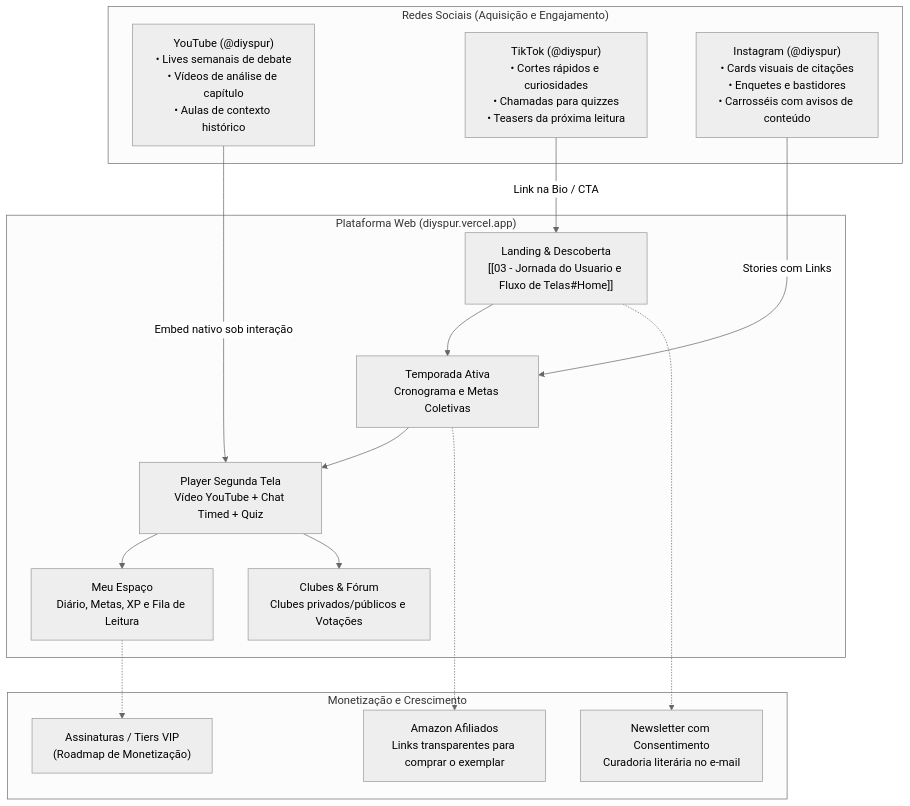
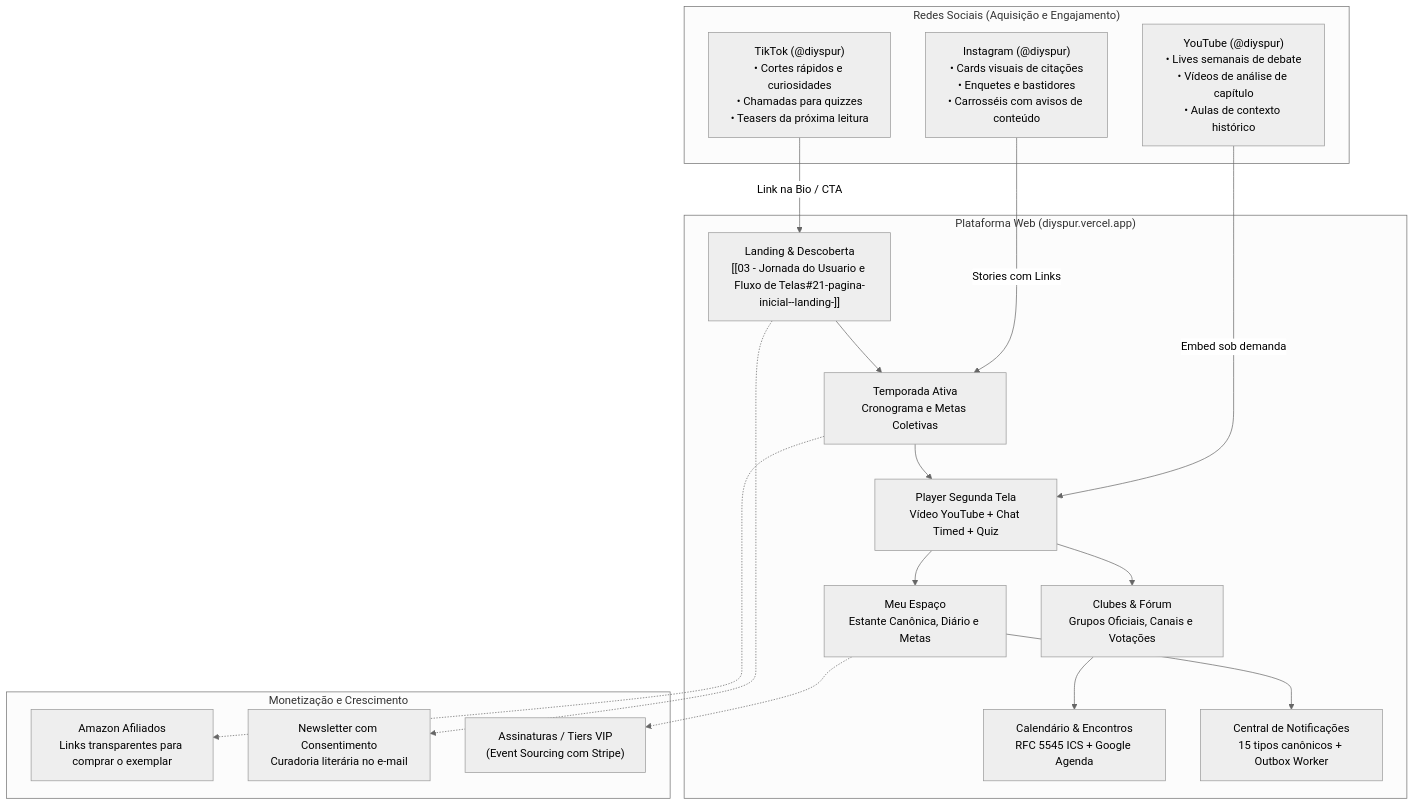
One commit to diyspur/docs changed the diagram in 00 - Visao Geral/00 - Visao Geral do Projeto.md. Above: the diagram before and after it, drawn with Mermaid (neutral theme). The commit also changed other lines of this file and 207 other files, not shown here.

````diff
--- a/00 - Visao Geral/00 - Visao Geral do Projeto.md
+++ b/00 - Visao Geral/00 - Visao Geral do Projeto.md
@@ -30,35 +31,39 @@
 ```mermaid
 flowchart TD
     subgraph RedesSociais ["Redes Sociais (Aquisição e Engajamento)"]
         YT["YouTube (@diyspur)<br/>• Lives semanais de debate<br/>• Vídeos de análise de capítulo<br/>• Aulas de contexto histórico"]
         TK["TikTok (@diyspur)<br/>• Cortes rápidos e curiosidades<br/>• Chamadas para quizzes<br/>• Teasers da próxima leitura"]
         IG["Instagram (@diyspur)<br/>• Cards visuais de citações<br/>• Enquetes e bastidores<br/>• Carrosséis com avisos de conteúdo"]
     end
 
     subgraph PlataformaWeb ["Plataforma Web (diyspur.vercel.app)"]
-        WEB_HOME["Landing & Descoberta<br/>[[03 - Jornada do Usuario e Fluxo de Telas#Home]]"]
+        WEB_HOME["Landing & Descoberta<br/>[[03 - Jornada do Usuario e Fluxo de Telas#21-pagina-inicial--landing-]]"]
         WEB_SEASON["Temporada Ativa<br/>Cronograma e Metas Coletivas"]
         WEB_CHAPTER["Player Segunda Tela<br/>Vídeo YouTube + Chat Timed + Quiz"]
-        WEB_COMMUNITY["Clubes & Fórum<br/>Clubes privados/públicos e Votações"]
-        WEB_PROFILE["Meu Espaço<br/>Diário, Metas, XP e Fila de Leitura"]
+        WEB_COMMUNITY["Clubes & Fórum<br/>Grupos Oficiais, Canais e Votações"]
+        WEB_PROFILE["Meu Espaço<br/>Estante Canônica, Diário e Metas"]
+        WEB_CALENDAR["Calendário & Encontros<br/>RFC 5545 ICS + Google Agenda"]
+        WEB_NOTIF["Central de Notificações<br/>15 tipos canônicos + Outbox Worker"]
     end
 
     subgraph Conversoes ["Monetização e Crescimento"]
         AMZ["Amazon Afiliados<br/>Links transparentes para comprar o exemplar"]
         NEWS["Newsletter com Consentimento<br/>Curadoria literária no e-mail"]
-        SUB["Assinaturas / Tiers VIP<br/>(Roadmap de Monetização)"]
+        SUB["Assinaturas / Tiers VIP<br/>(Event Sourcing com Stripe)"]
     end
 
-    YT -->|Embed nativo sob interação| WEB_CHAPTER
+    YT -->|Embed sob demanda| WEB_CHAPTER
     TK -->|Link na Bio / CTA| WEB_HOME
     IG -->|Stories com Links| WEB_SEASON
 
     WEB_HOME --> WEB_SEASON
     WEB_SEASON --> WEB_CHAPTER
     WEB_CHAPTER --> WEB_PROFILE
     WEB_CHAPTER --> WEB_COMMUNITY
+    WEB_COMMUNITY --> WEB_CALENDAR
+    WEB_PROFILE --> WEB_NOTIF
 
     WEB_SEASON -.-> AMZ
     WEB_HOME -.-> NEWS
     WEB_PROFILE -.-> SUB
 ```
````
